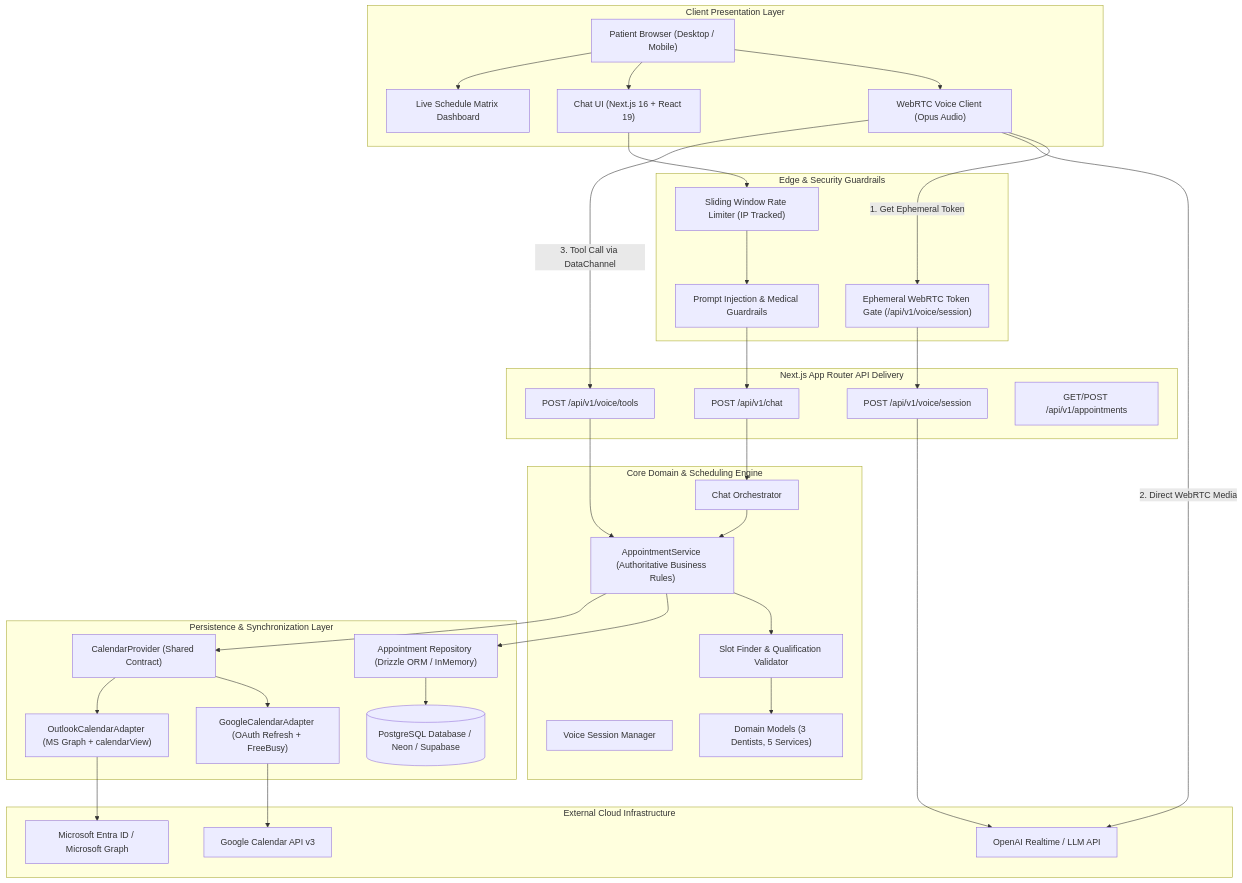
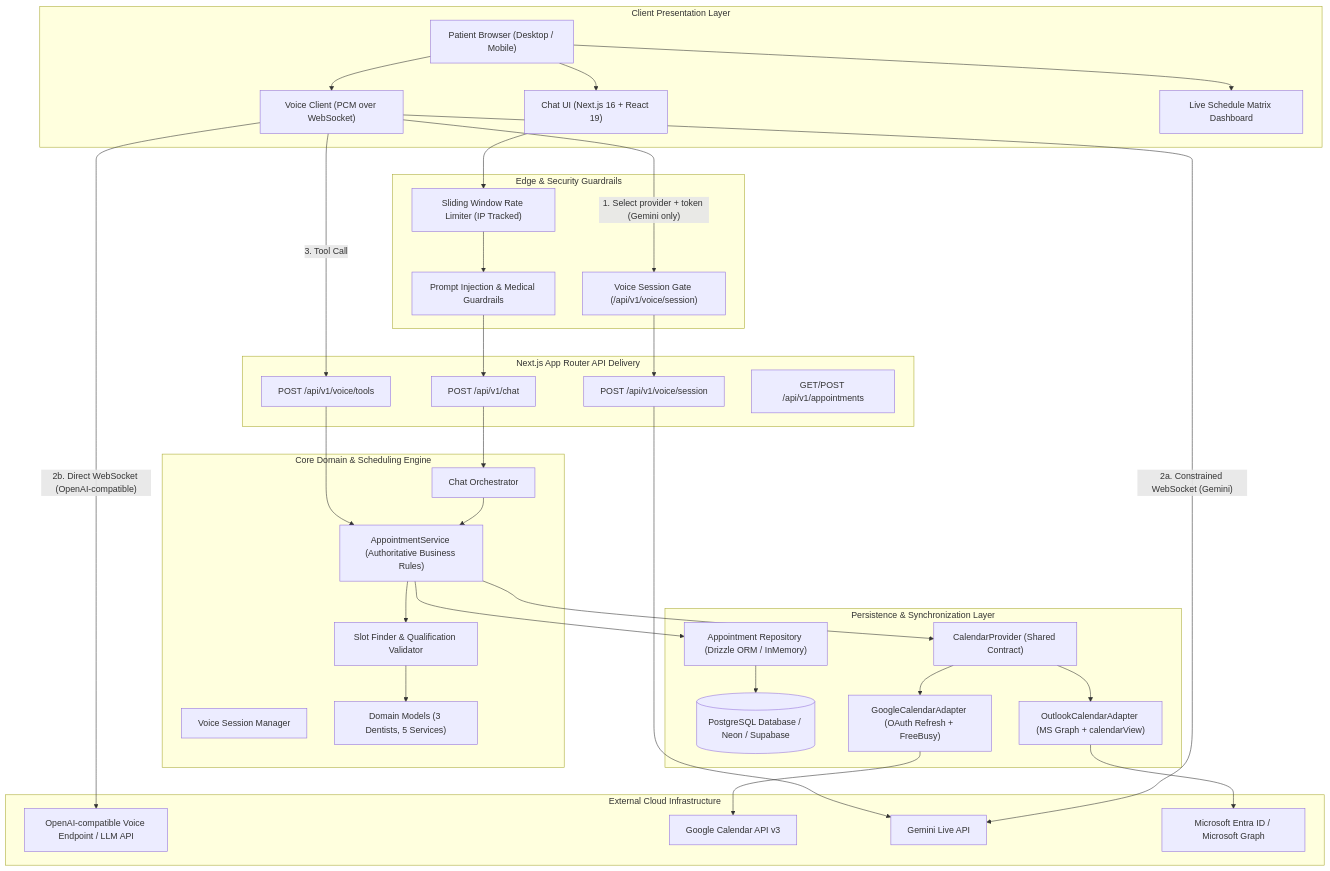
The diagram in docs/INTERNAL_ARCHITECTURE_AND_COST.md (wafik/dental-ai-bot), drawn with Mermaid before and after one commit. The commit also changed other lines of this file and 194 other files, not shown here.

````diff
--- a/docs/INTERNAL_ARCHITECTURE_AND_COST.md
+++ b/docs/INTERNAL_ARCHITECTURE_AND_COST.md
@@ -18,68 +18,70 @@
 ```mermaid
 flowchart TB
     subgraph ClientLayer [Client Presentation Layer]
         WebBrowser["Patient Browser (Desktop / Mobile)"]
-        VoiceWidget["WebRTC Voice Client (Opus Audio)"]
+        VoiceWidget["Voice Client (PCM over WebSocket)"]
         ChatWidget["Chat UI (Next.js 16 + React 19)"]
         ScheduleDash["Live Schedule Matrix Dashboard"]
         WebBrowser --> VoiceWidget
         WebBrowser --> ChatWidget
         WebBrowser --> ScheduleDash
     end
 
     subgraph SecurityLayer [Edge & Security Guardrails]
         RateLimiter["Sliding Window Rate Limiter (IP Tracked)"]
         Sanitizer["Prompt Injection & Medical Guardrails"]
-        TokenIssuer["Ephemeral WebRTC Token Gate (/api/v1/voice/session)"]
+        TokenIssuer["Voice Session Gate (/api/v1/voice/session)"]
     end
 
     subgraph AppRouter [Next.js App Router API Delivery]
         APIChat["POST /api/v1/chat"]
         APIVoiceSession["POST /api/v1/voice/session"]
         APIVoiceTools["POST /api/v1/voice/tools"]
         APIAppointments["GET/POST /api/v1/appointments"]
     end
 
     subgraph CoreEngine [Core Domain & Scheduling Engine]
         ChatOrch["Chat Orchestrator"]
         VoiceManager["Voice Session Manager"]
         ApptService["AppointmentService (Authoritative Business Rules)"]
         SlotFinder["Slot Finder & Qualification Validator"]
         ClinicDomain["Domain Models (3 Dentists, 5 Services)"]
         
         ApptService --> SlotFinder
         SlotFinder --> ClinicDomain
     end
 
     subgraph PersistenceLayer [Persistence & Synchronization Layer]
         Repository["Appointment Repository (Drizzle ORM / InMemory)"]
         PostgresDB[(PostgreSQL Database / Neon / Supabase)]
         Repository --> PostgresDB
         
         CalendarContract["CalendarProvider (Shared Contract)"]
         GoogleAdapter["GoogleCalendarAdapter (OAuth Refresh + FreeBusy)"]
         OutlookAdapter["OutlookCalendarAdapter (MS Graph + calendarView)"]
         
         CalendarContract --> GoogleAdapter
         CalendarContract --> OutlookAdapter
     end
 
     subgraph CloudAPIs [External Cloud Infrastructure]
-        OpenAICloud["OpenAI Realtime / LLM API"]
+        OpenAICloud["OpenAI-compatible Voice Endpoint / LLM API"]
         GoogleCloud["Google Calendar API v3"]
+        GeminiCloud["Gemini Live API"]
         MicrosoftCloud["Microsoft Entra ID / Microsoft Graph"]
     end
 
     %% Wiring
     ChatWidget --> RateLimiter --> Sanitizer --> APIChat --> ChatOrch
-    VoiceWidget -- "1. Get Ephemeral Token" --> TokenIssuer --> APIVoiceSession --> OpenAICloud
-    VoiceWidget -- "2. Direct WebRTC Media" --> OpenAICloud
-    VoiceWidget -- "3. Tool Call via DataChannel" --> APIVoiceTools --> ApptService
+    VoiceWidget -- "1. Select provider + token (Gemini only)" --> TokenIssuer --> APIVoiceSession --> GeminiCloud
+    VoiceWidget -- "2a. Constrained WebSocket (Gemini)" --> GeminiCloud
+    VoiceWidget -- "2b. Direct WebSocket (OpenAI-compatible)" --> OpenAICloud
+    VoiceWidget -- "3. Tool Call" --> APIVoiceTools --> ApptService
     ChatOrch --> ApptService
     
     ApptService --> Repository
     ApptService --> CalendarContract
     
     GoogleAdapter --> GoogleCloud
     OutlookAdapter --> MicrosoftCloud
 ```
````
